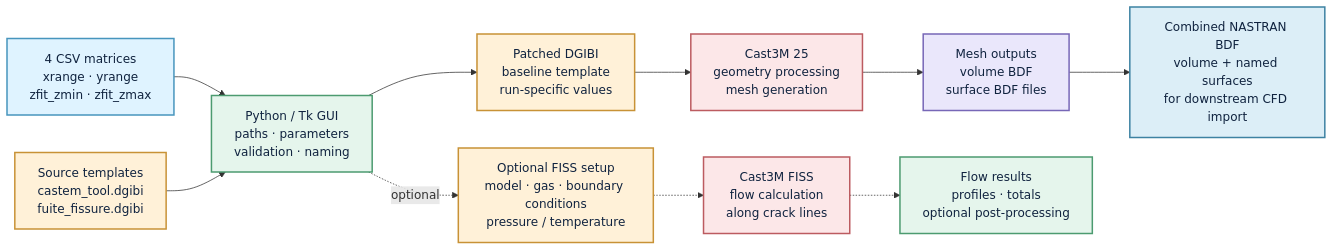
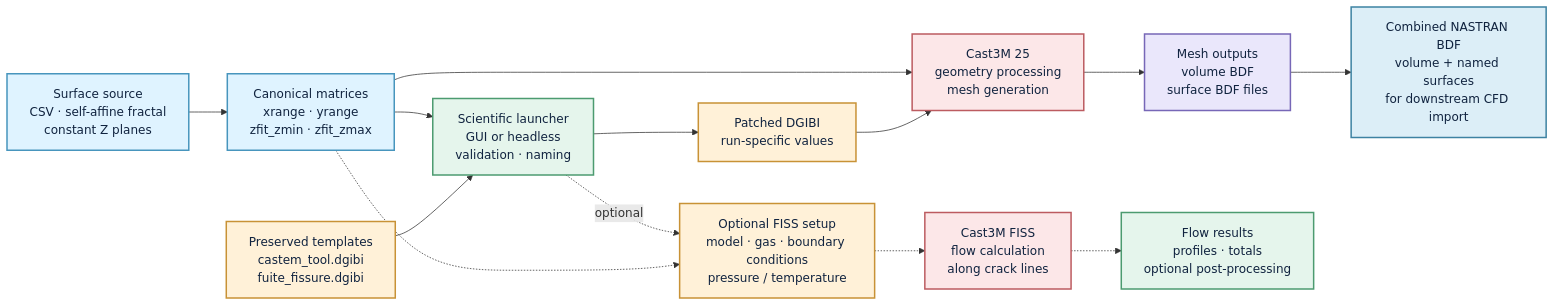
One commit to onajjar/dem-crack-surface-mesher changed the diagram in docs/workflow.mmd. Above: the diagram before and after it, drawn with Mermaid. The commit also changed 27 other files, not shown here.

```diff
--- a/docs/workflow.mmd
+++ b/docs/workflow.mmd
@@ -1,25 +1,28 @@
 flowchart LR
-    CSV["4 CSV matrices<br/>xrange · yrange<br/>zfit_zmin · zfit_zmax"] --> GUI["Python / Tk GUI<br/>paths · parameters<br/>validation · naming"]
-    TEMPLATE["Source templates<br/>castem_tool.dgibi<br/>fuite_fissure.dgibi"] --> GUI
-    GUI --> DGIBI["Patched DGIBI<br/>baseline template<br/>run-specific values"]
-    DGIBI --> CASTEM["Cast3M 25<br/>geometry processing<br/>mesh generation"]
+    SOURCE["Surface source<br/>CSV · self-affine fractal<br/>constant Z planes"] --> CONTRACT["Canonical matrices<br/>xrange · yrange<br/>zfit_zmin · zfit_zmax"]
+    CONTRACT --> GUI["Scientific launcher<br/>GUI or headless<br/>validation · naming"]
+    TEMPLATE["Preserved templates<br/>castem_tool.dgibi<br/>fuite_fissure.dgibi"] --> GUI
+    GUI --> DGIBI["Patched DGIBI<br/>run-specific values"]
+    CONTRACT --> CASTEM["Cast3M 25<br/>geometry processing<br/>mesh generation"]
+    DGIBI --> CASTEM
     CASTEM --> MESH["Mesh outputs<br/>volume BDF<br/>surface BDF files"]
     MESH --> CFD["Combined NASTRAN BDF<br/>volume + named surfaces<br/>for downstream CFD import"]
 
     GUI -. optional .-> FSETUP["Optional FISS setup<br/>model · gas · boundary conditions<br/>pressure / temperature"]
+    CONTRACT -.-> FSETUP
     FSETUP -.-> FISS["Cast3M FISS<br/>flow calculation<br/>along crack lines"]
     FISS -.-> RESULTS["Flow results<br/>profiles · totals<br/>optional post-processing"]
 
     classDef input fill:#dff3ff,stroke:#4795bd,color:#10233f,stroke-width:2px;
     classDef gui fill:#e5f5ec,stroke:#4c9b70,color:#10233f,stroke-width:2px;
     classDef castem fill:#fce7e8,stroke:#bc5b60,color:#10233f,stroke-width:2px;
     classDef mesh fill:#eae7fb,stroke:#7767b7,color:#10233f,stroke-width:2px;
     classDef output fill:#dceef7,stroke:#3d82a2,color:#10233f,stroke-width:2px;
     classDef support fill:#fff1d8,stroke:#c89236,color:#10233f,stroke-width:2px;
 
-    class CSV input;
+    class SOURCE,CONTRACT input;
     class GUI,RESULTS gui;
     class CASTEM,FISS castem;
     class MESH mesh;
     class CFD output;
     class TEMPLATE,DGIBI,FSETUP support;
```
